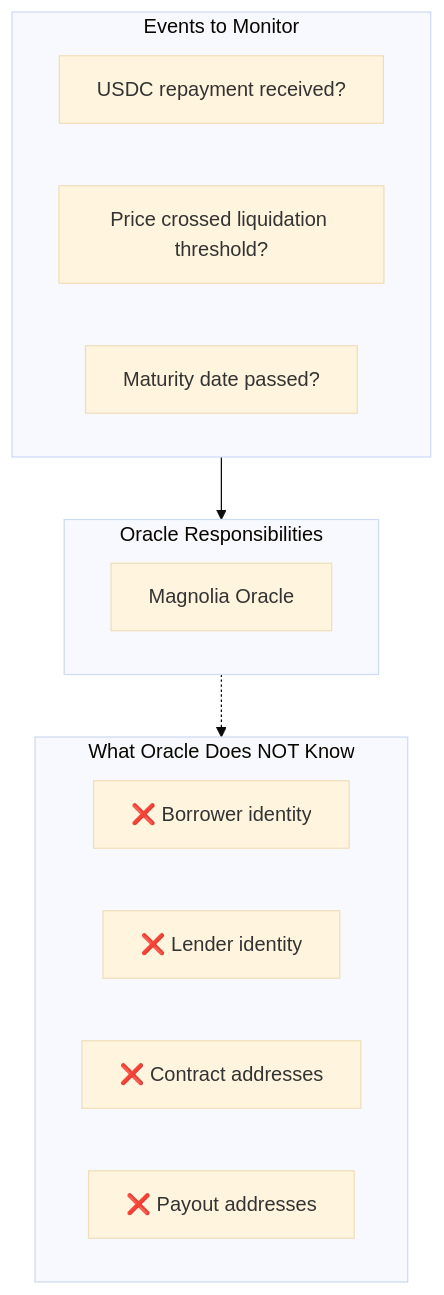
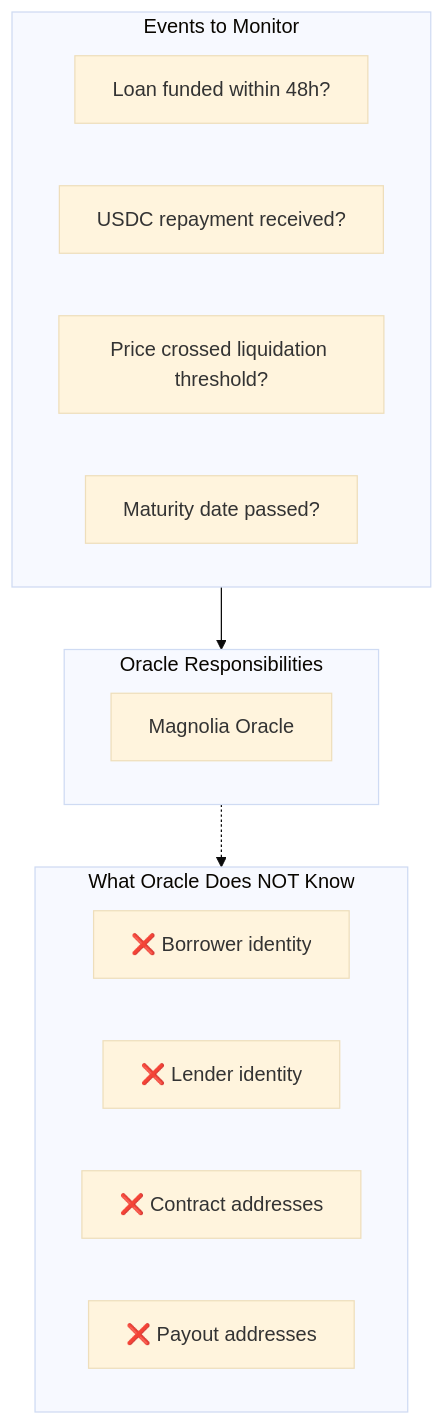
Before and after one commit to matthewjablack/mblack.io: the fifth of 7 diagrams in _posts/2025-02-10-lygos-finance-dlc-lending-simplified-enumerated-outcomes.md, drawn with Mermaid (base theme). The commit also changed other lines of this file, not shown here.

````diff
--- a/_posts/2025-02-10-lygos-finance-dlc-lending-simplified-enumerated-outcomes.md
+++ b/_posts/2025-02-10-lygos-finance-dlc-lending-simplified-enumerated-outcomes.md
@@ -134,23 +142,24 @@
 ```mermaid
 flowchart TB
     subgraph Oracle["Oracle Responsibilities"]
         direction LR
         O[Magnolia Oracle]
     end
 
     subgraph Events["Events to Monitor"]
+        E0[Loan funded within 48h?]
         E1[USDC repayment received?]
         E2[Price crossed liquidation threshold?]
         E3[Maturity date passed?]
     end
 
     subgraph Privacy["What Oracle Does NOT Know"]
         P1[❌ Borrower identity]
         P2[❌ Lender identity]
         P3[❌ Contract addresses]
         P4[❌ Payout addresses]
     end
 
     Events --> Oracle
     Oracle -.-> Privacy
 ```
````
